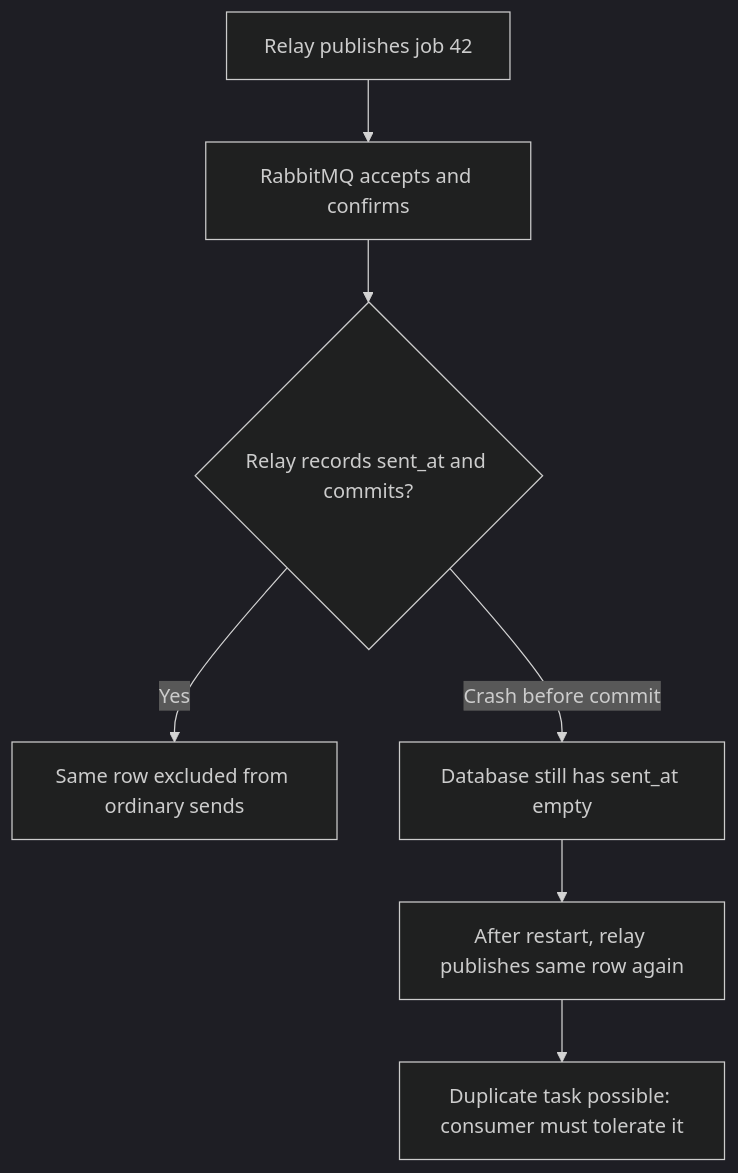
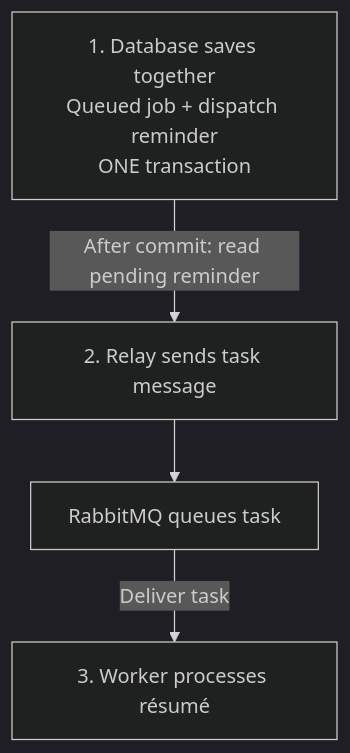
The diagram in docs/transactional-outbox/README.md (junrillg/system-design-patterns), drawn with Mermaid (dark theme) before and after one commit. The commit also changed other lines of this file and 4 other files, not shown here.

Commit message:
docs: simplify outbox into one memorable learning flow

````diff
--- a/docs/transactional-outbox/README.md
+++ b/docs/transactional-outbox/README.md
@@ -88,9 +30,7 @@
 ```mermaid
 flowchart TD
-    A["Relay publishes job 42"] --> B["RabbitMQ accepts and confirms"]
-    B --> C{"Relay records sent_at and commits?"}
-    C -->|"Yes"| D["Same row excluded from ordinary sends"]
-    C -->|"Crash before commit"| E["Database still has sent_at empty"]
-    E --> F["After restart, relay publishes same row again"]
-    F --> G["Duplicate task possible: consumer must tolerate it"]
+    A["1. Database saves together<br/>Queued job + dispatch reminder<br/>ONE transaction"]
+    A -->|"After commit: read pending reminder"| B["2. Relay sends task message"]
+    B --> C["RabbitMQ queues task"]
+    C -->|"Deliver task"| D["3. Worker processes résumé"]
 ```
````
